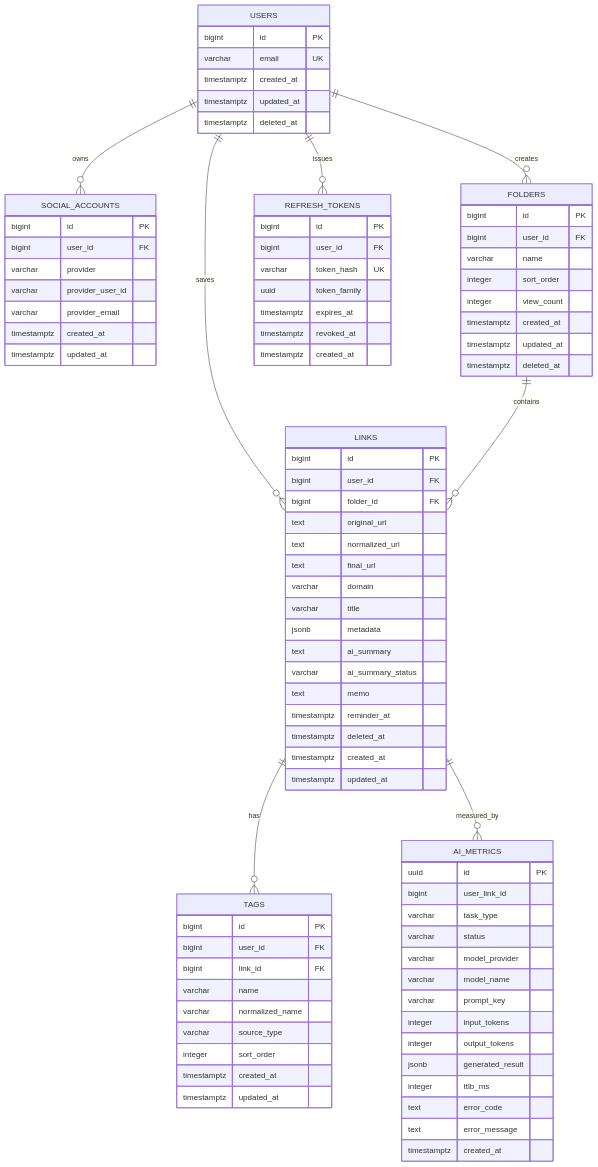
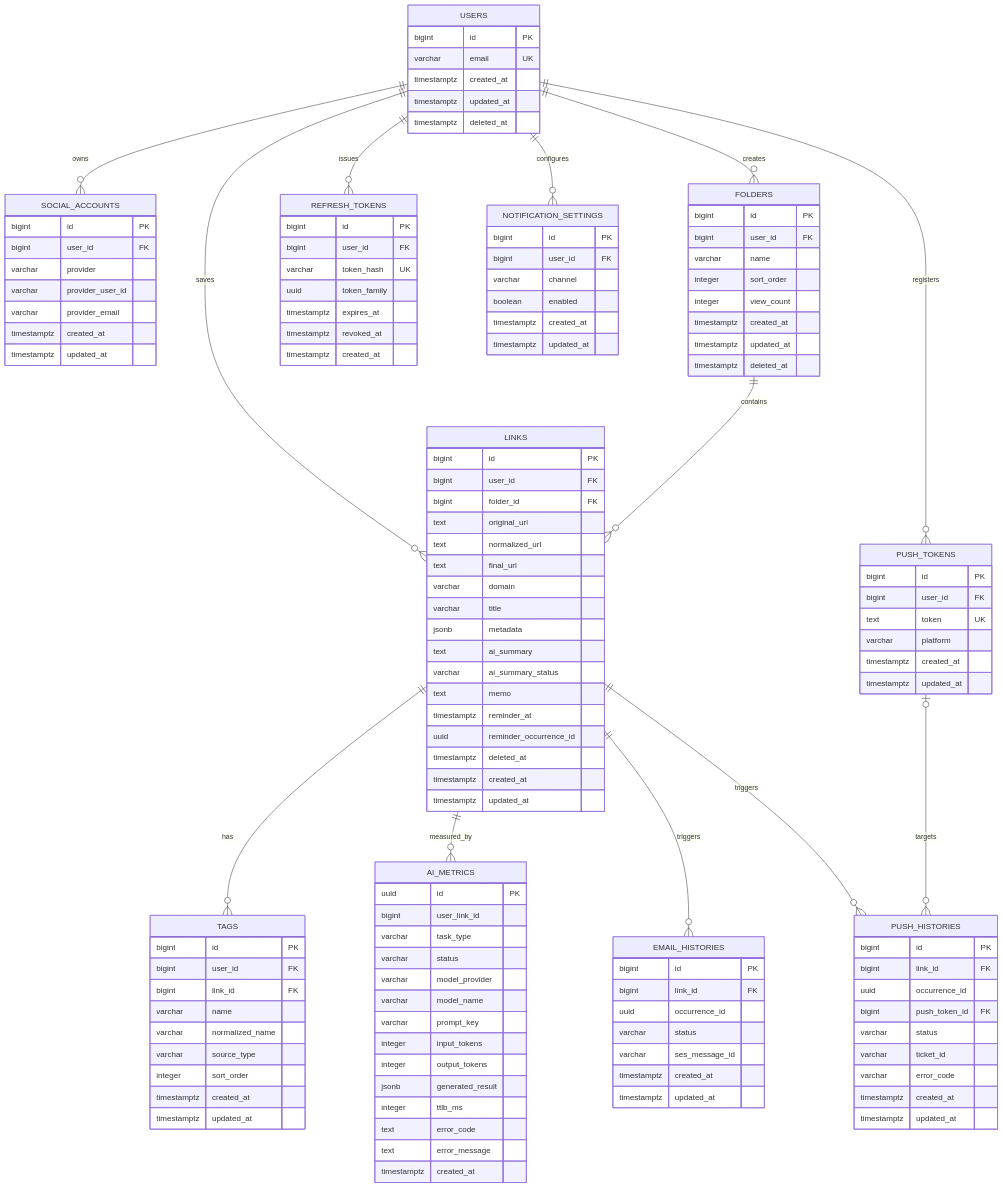
Before and after one commit to mash-up-kr/Promise.9-Server: the diagram in docs/database/erd.md, drawn with Mermaid. The commit also changed other lines of this file and 11 other files, not shown here.

```diff
--- a/docs/database/erd.md
+++ b/docs/database/erd.md
@@ -15,6 +15,51 @@
   FOLDERS ||--o{ LINKS : contains
   LINKS ||--o{ TAGS : has
   LINKS ||--o{ AI_METRICS : measured_by
+  USERS ||--o{ PUSH_TOKENS : registers
+  USERS ||--o{ NOTIFICATION_SETTINGS : configures
+  LINKS ||--o{ EMAIL_HISTORIES : triggers
+  LINKS ||--o{ PUSH_HISTORIES : triggers
+  PUSH_TOKENS |o--o{ PUSH_HISTORIES : targets
+
+  PUSH_TOKENS {
+    bigint id PK
+    bigint user_id FK
+    text token UK
+    varchar platform
+    timestamptz created_at
+    timestamptz updated_at
+  }
+
+  NOTIFICATION_SETTINGS {
+    bigint id PK
+    bigint user_id FK
+    varchar channel
+    boolean enabled
+    timestamptz created_at
+    timestamptz updated_at
+  }
+
+  EMAIL_HISTORIES {
+    bigint id PK
+    bigint link_id FK
+    uuid occurrence_id
+    varchar status
+    varchar ses_message_id
+    timestamptz created_at
+    timestamptz updated_at
+  }
+
+  PUSH_HISTORIES {
+    bigint id PK
+    bigint link_id FK
+    uuid occurrence_id
+    bigint push_token_id FK
+    varchar status
+    varchar ticket_id
+    varchar error_code
+    timestamptz created_at
+    timestamptz updated_at
+  }
 
   USERS {
     bigint id PK
@@ -69,6 +114,7 @@
     varchar ai_summary_status
     text memo
     timestamptz reminder_at
+    uuid reminder_occurrence_id
     timestamptz deleted_at
     timestamptz created_at
     timestamptz updated_at
```
